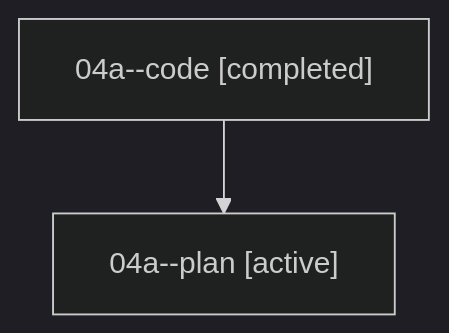
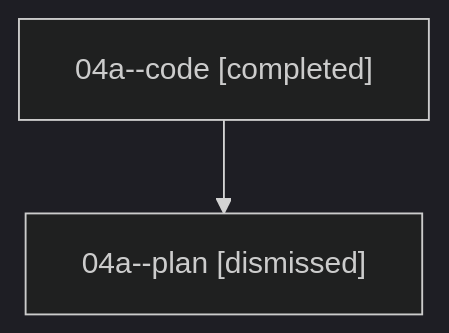
The diagram in sessions/bbugyi200.athena.04a.md (sase-org/sase--agents), drawn with Mermaid (dark theme) before and after one commit. The commit also changed other lines of this file and 25 other files, not shown here.

````diff
--- a/sessions/bbugyi200.athena.04a.md
+++ b/sessions/bbugyi200.athena.04a.md
@@ -9,6 +9,6 @@
 ```mermaid
 flowchart TD
   n0["04a--code [completed]"]
-  n1["04a--plan [active]"]
+  n1["04a--plan [dismissed]"]
   n0 --> n1
 ```
````
